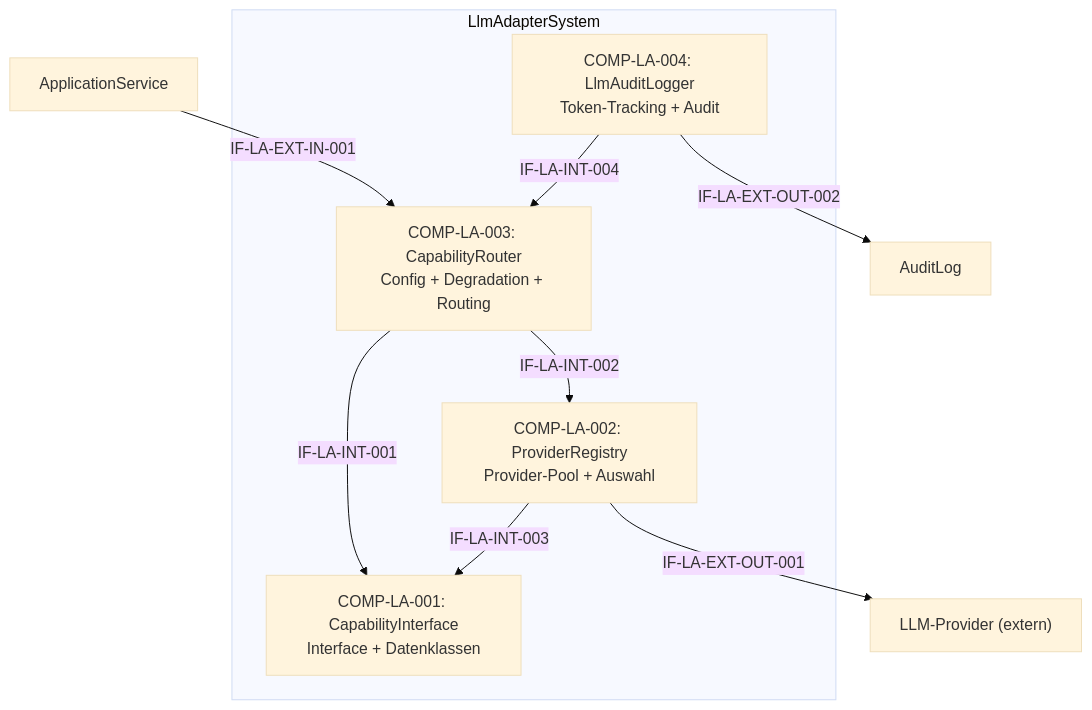
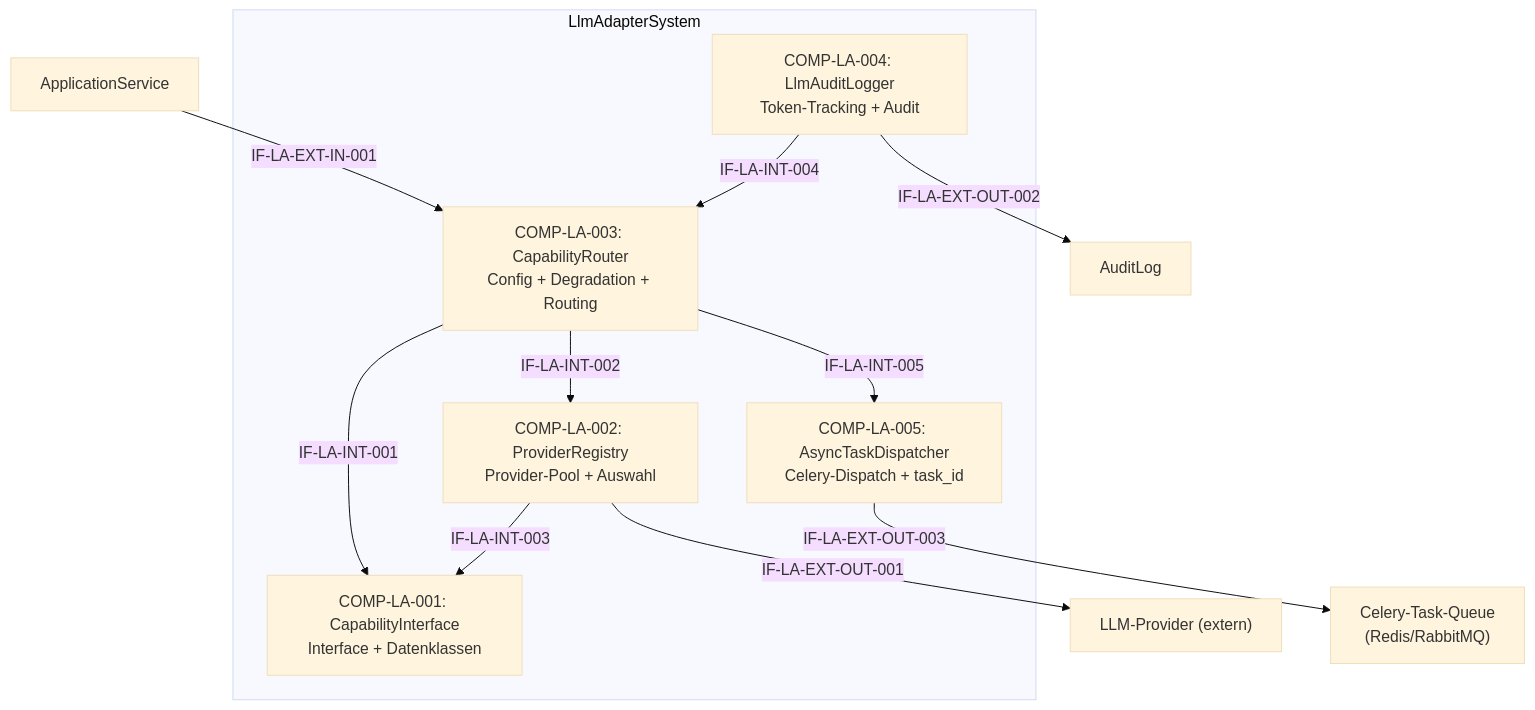
Before and after one commit to Popoboxxo/ReqogniLoom: the diagram in docs/se/L1/Gesamtsystem/L2/LlmAdapterSystem/L2_LlmAdapterSystem_Architecture.md, drawn with Mermaid (base theme). The commit also changed other lines of this file and 1 other file, not shown here.

Commit message:
feat(REQ-L2-LA-008): add Celery async task dispatch for LLM long-running operations

````diff
--- a/docs/se/L1/Gesamtsystem/L2/LlmAdapterSystem/L2_LlmAdapterSystem_Architecture.md
+++ b/docs/se/L1/Gesamtsystem/L2/LlmAdapterSystem/L2_LlmAdapterSystem_Architecture.md
@@ -51,19 +54,22 @@
 ```mermaid
 flowchart TD
     subgraph LlmAdapterSystem
         C001["COMP-LA-001: CapabilityInterface<br/>Interface + Datenklassen"]
         C002["COMP-LA-002: ProviderRegistry<br/>Provider-Pool + Auswahl"]
         C003["COMP-LA-003: CapabilityRouter<br/>Config + Degradation + Routing"]
         C004["COMP-LA-004: LlmAuditLogger<br/>Token-Tracking + Audit"]
+        C005["COMP-LA-005: AsyncTaskDispatcher<br/>Celery-Dispatch + task_id"]
     end
 
     ext_in1["ApplicationService"] -->|IF-LA-EXT-IN-001| C003
 
     C003 -->|IF-LA-INT-001| C001
     C003 -->|IF-LA-INT-002| C002
     C002 -->|IF-LA-INT-003| C001
     C004 -->|IF-LA-INT-004| C003
+    C003 -->|IF-LA-INT-005| C005
 
     C002 -->|IF-LA-EXT-OUT-001| ext_llm["LLM-Provider (extern)"]
     C004 -->|IF-LA-EXT-OUT-002| ext_audit["AuditLog"]
+    C005 -->|IF-LA-EXT-OUT-003| ext_queue["Celery-Task-Queue<br/>(Redis/RabbitMQ)"]
 ```
````
